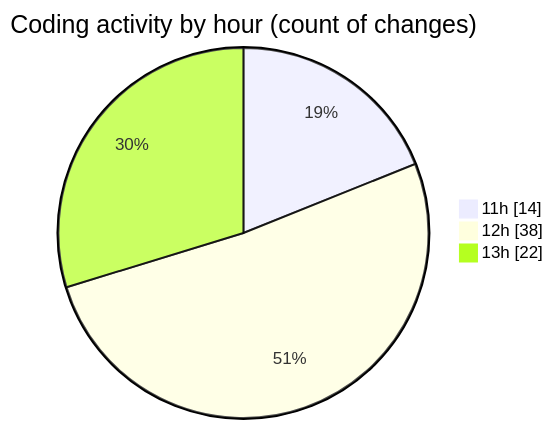
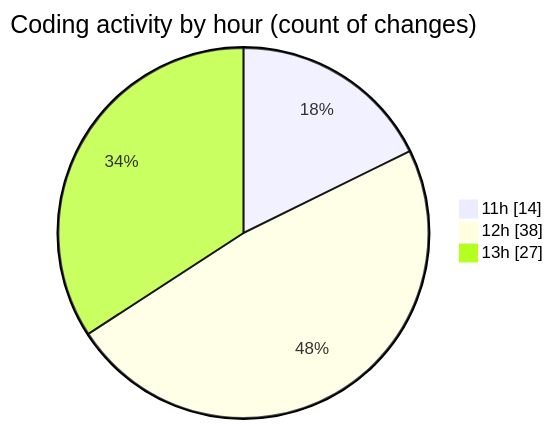
One commit to nxtqubesakshisongat/code-tracking changed the second of 2 diagrams in 2025-08-28/nxtqube_webapp/README.md. Above: the diagram before and after it, drawn with Mermaid. The commit also changed other lines of this file and 1 other file, not shown here.

````diff
--- a/2025-08-28/nxtqube_webapp/README.md
+++ b/2025-08-28/nxtqube_webapp/README.md
@@ -34,7 +34,7 @@
 ```mermaid
 pie showData
 title Coding activity by hour (count of changes)
 "11h" : 14
 "12h" : 38
-"13h" : 22
+"13h" : 27
 ```
````
